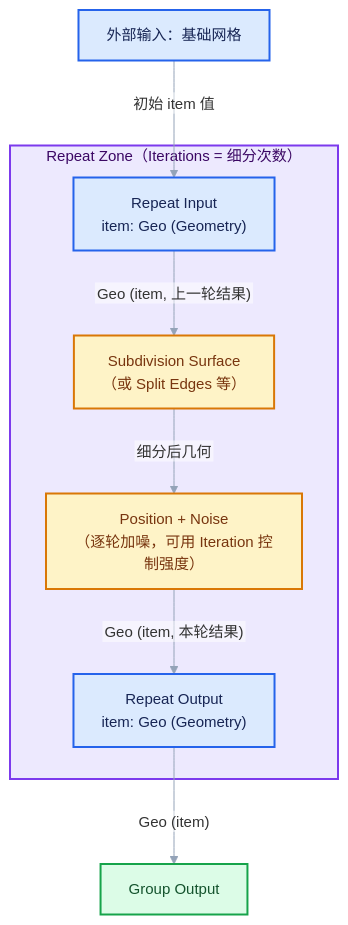
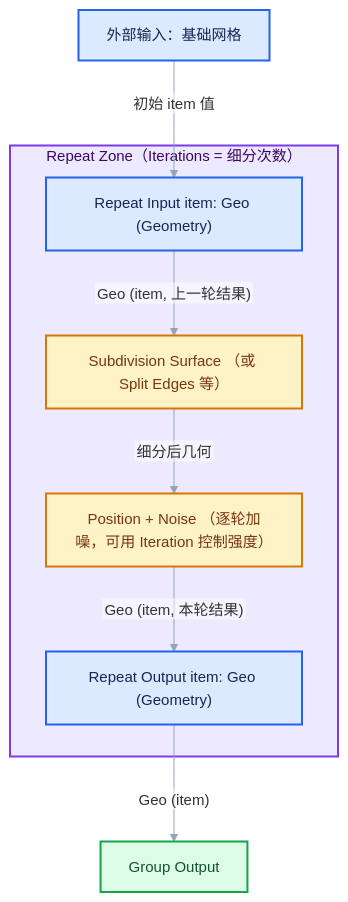
Before and after one commit to yunkezengren/blender-.vscode: the fourth of 16 diagrams in 杂/markdown/重复区域-dsh/06-实战与性能/01-使用模式与迭代设计.md, drawn with Mermaid. The commit also changed other lines of this file and 27 other files, not shown here.

````diff
--- a/杂/markdown/重复区域-dsh/06-实战与性能/01-使用模式与迭代设计.md
+++ b/杂/markdown/重复区域-dsh/06-实战与性能/01-使用模式与迭代设计.md
@@ -255,26 +249,26 @@
 ```mermaid
 %%{init: {"theme":"base","themeVariables":{"fontFamily":"\"Segoe UI\",\"Microsoft YaHei\",sans-serif","fontSize":"15px","lineColor":"#94A3B8","edgeLabelBackground":"#FFFFFF","clusterBkg":"#F8FAFC","clusterBorder":"#CBD5E1"},"flowchart":{"htmlLabels":false,"curve":"basis","nodeSpacing":52,"rankSpacing":64,"padding":14,"diagramPadding":16,"useMaxWidth":true},"sequence":{"useMaxWidth":true,"wrap":true,"mirrorActors":false,"messageMargin":36}}}%%
 flowchart TB
     subgraph ZONE["Repeat Zone（Iterations = 细分次数）"]
-        RI["Repeat Input<br/>item: Geo (Geometry)"]:::input
-        RO["Repeat Output<br/>item: Geo (Geometry)"]:::input
+        RI["Repeat Input item: Geo (Geometry)"]:::input
+        RO["Repeat Output item: Geo (Geometry)"]:::input
 
-        SUBD["Subdivision Surface<br/>（或 Split Edges 等）"]:::compute
-        NOISE["Position + Noise<br/>（逐轮加噪，可用 Iteration 控制强度）"]:::compute
+        SUBD["Subdivision Surface （或 Split Edges 等）"]:::compute
+        NOISE["Position + Noise （逐轮加噪，可用 Iteration 控制强度）"]:::compute
 
         RI -- "Geo (item, 上一轮结果)" --> SUBD
         SUBD -- "细分后几何" --> NOISE
         NOISE -- "Geo (item, 本轮结果)" --> RO
     end
     IN_GEO["外部输入：基础网格"]:::input
     IN_GEO -- "初始 item 值" --> RI
     RO -- "Geo (item)" --> OUT["Group Output"]:::result
 
     class ZONE abstraction;
     classDef input fill:#DBEAFE,stroke:#2563EB,color:#172554,stroke-width:2px;
     classDef data fill:#CFFAFE,stroke:#0891B2,color:#164E63,stroke-width:2px;
     classDef abstraction fill:#EDE9FE,stroke:#7C3AED,color:#3B0764,stroke-width:2px;
     classDef compute fill:#FEF3C7,stroke:#D97706,color:#78350F,stroke-width:2px;
     classDef result fill:#DCFCE7,stroke:#16A34A,color:#14532D,stroke-width:2px;
     classDef error fill:#FEE2E2,stroke:#DC2626,color:#7F1D1D,stroke-width:2px;
 ```
````
